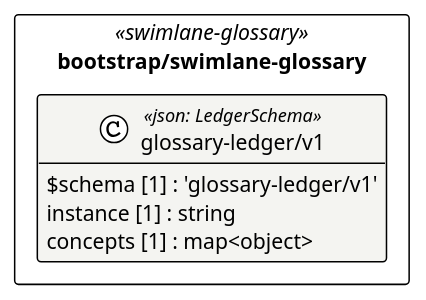
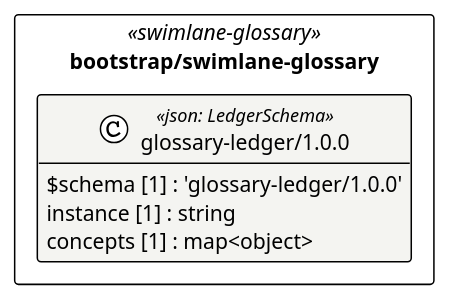
Before and after one commit to litlfred/folio-assistant: the diagram in cat-harness/uml/overview/bootstrap/swimlane-glossary.puml, drawn with PlantUML. The commit also changed 332 other files, not shown here.

```diff
--- a/cat-harness/uml/overview/bootstrap/swimlane-glossary.puml
+++ b/cat-harness/uml/overview/bootstrap/swimlane-glossary.puml
@@ -3,17 +3,17 @@
 @startuml bootstrap_swimlane_glossary
 !pragma layout elk
 !theme plain
 skinparam classAttributeIconSize 0
 skinparam shadowing false
 skinparam packageStyle rectangle
 hide empty methods
 
 package "bootstrap/swimlane-glossary" as pkg_bootstrap_swimlane_glossary <<swimlane-glossary>> {
-  class "glossary-ledger/v1" as bootstrap_swimlane_glossary_glossary_ledger_v1_glossary_ledger_v1 <<json: LedgerSchema>> #f4f4f1 {
-    $schema [1] : 'glossary-ledger/v1'
+  class "glossary-ledger/1.0.0" as bootstrap_swimlane_glossary_glossary_ledger_1_0_0_glossary_ledger_1_0_0 <<json: LedgerSchema>> #f4f4f1 {
+    $schema [1] : 'glossary-ledger/1.0.0'
     instance [1] : string
     concepts [1] : map<object>
   }
 }
 
 @enduml
```
